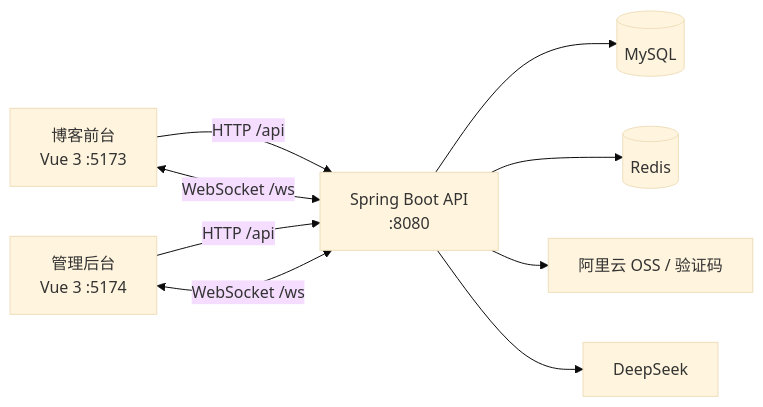
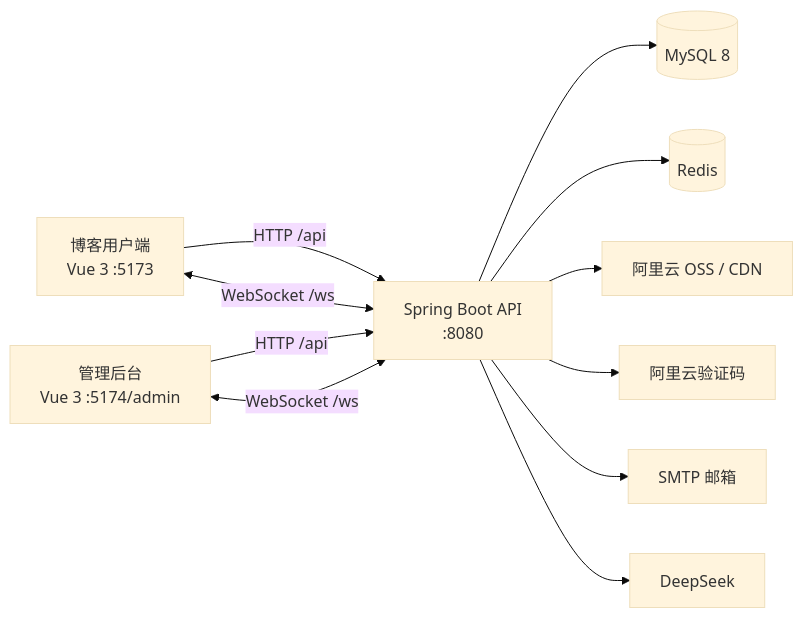
One commit to tiggeryjl/blog-personal changed the diagram in README.md. Above: the diagram before and after it, drawn with Mermaid (base theme). The commit also changed other lines of this file and 4 other files, not shown here.

````diff
--- a/README.md
+++ b/README.md
@@ -60,11 +69,13 @@
 ```mermaid
 flowchart LR
-  A[博客前台<br/>Vue 3 :5173] -->|HTTP /api| C[Spring Boot API<br/>:8080]
-  B[管理后台<br/>Vue 3 :5174] -->|HTTP /api| C
+  A[博客用户端<br/>Vue 3 :5173] -->|HTTP /api| C[Spring Boot API<br/>:8080]
+  B[管理后台<br/>Vue 3 :5174/admin] -->|HTTP /api| C
   A <-->|WebSocket /ws| C
   B <-->|WebSocket /ws| C
-  C --> D[(MySQL)]
+  C --> D[(MySQL 8)]
   C --> E[(Redis)]
-  C --> F[阿里云 OSS / 验证码]
-  C --> G[DeepSeek]
+  C --> F[阿里云 OSS / CDN]
+  C --> G[阿里云验证码]
+  C --> H[SMTP 邮箱]
+  C --> I[DeepSeek]
 ```
````
